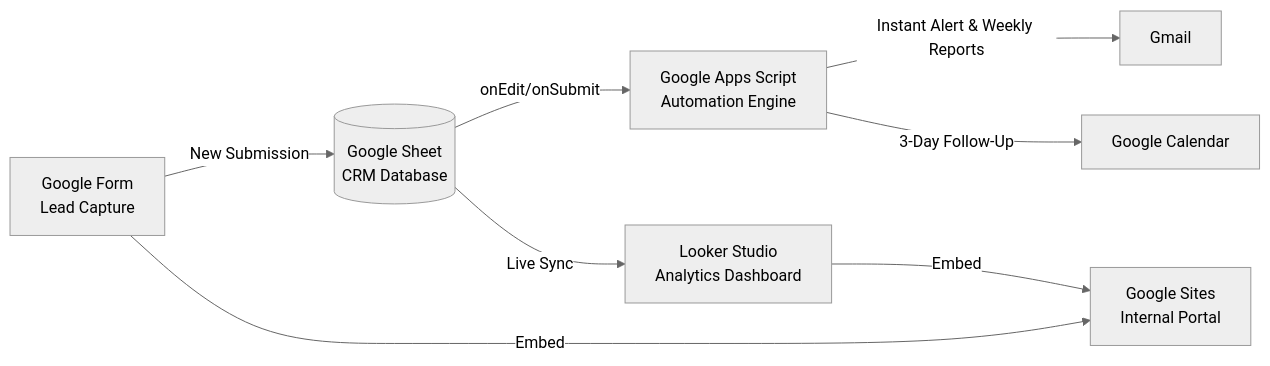
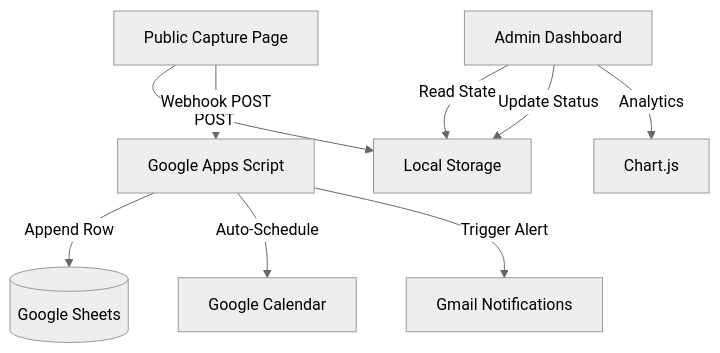
Before and after one commit to chaitanyashete03/automated-lead-management-crm: the diagram in README.md, drawn with Mermaid (neutral theme). The commit also changed other lines of this file and 4 other files, not shown here.

````diff
--- a/README.md
+++ b/README.md
@@ -8,10 +45,11 @@
 ```mermaid
-flowchart LR
-    A[Google Form\nLead Capture] -->|New Submission| B[(Google Sheet\nCRM Database)]
-    B -->|onEdit/onSubmit| C[Google Apps Script\nAutomation Engine]
-    C -->|Instant Alert & Weekly Reports| D[Gmail]
-    C -->|3-Day Follow-Up| E[Google Calendar]
-    B -->|Live Sync| F[Looker Studio\nAnalytics Dashboard]
-    F -->|Embed| G[Google Sites\nInternal Portal]
-    A -->|Embed| G
+graph TD
+    A[Public Capture Page] -->|POST| B[Local Storage]
+    A -->|Webhook POST| C[Google Apps Script]
+    C -->|Append Row| D[(Google Sheets)]
+    C -->|Auto-Schedule| E[Google Calendar]
+    C -->|Trigger Alert| F[Gmail Notifications]
+    G[Admin Dashboard] -->|Read State| B
+    G -->|Update Status| B
+    G -->|Analytics| H[Chart.js]
 ```
````
